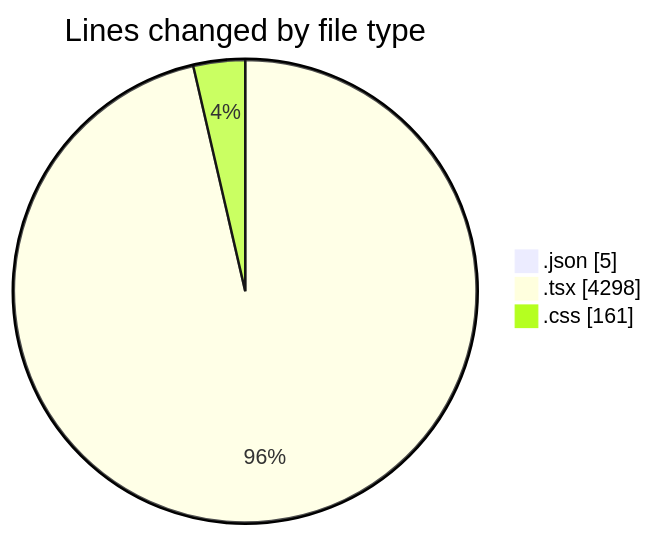
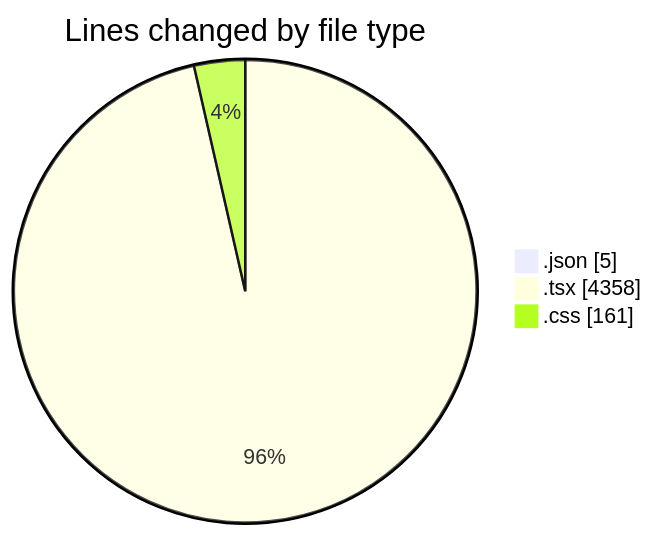
The first of 2 diagrams in 2025-05-29/advertise/README.md (Elitesun/code-tracking), drawn with Mermaid before and after one commit. The commit also changed other lines of this file and 1 other file, not shown here.

````diff
--- a/2025-05-29/advertise/README.md
+++ b/2025-05-29/advertise/README.md
@@ -37,7 +37,7 @@
 ```mermaid
 pie showData
 title Lines changed by file type
 ".json" : 5
-".tsx" : 4298
+".tsx" : 4358
 ".css" : 161
 ```
````
